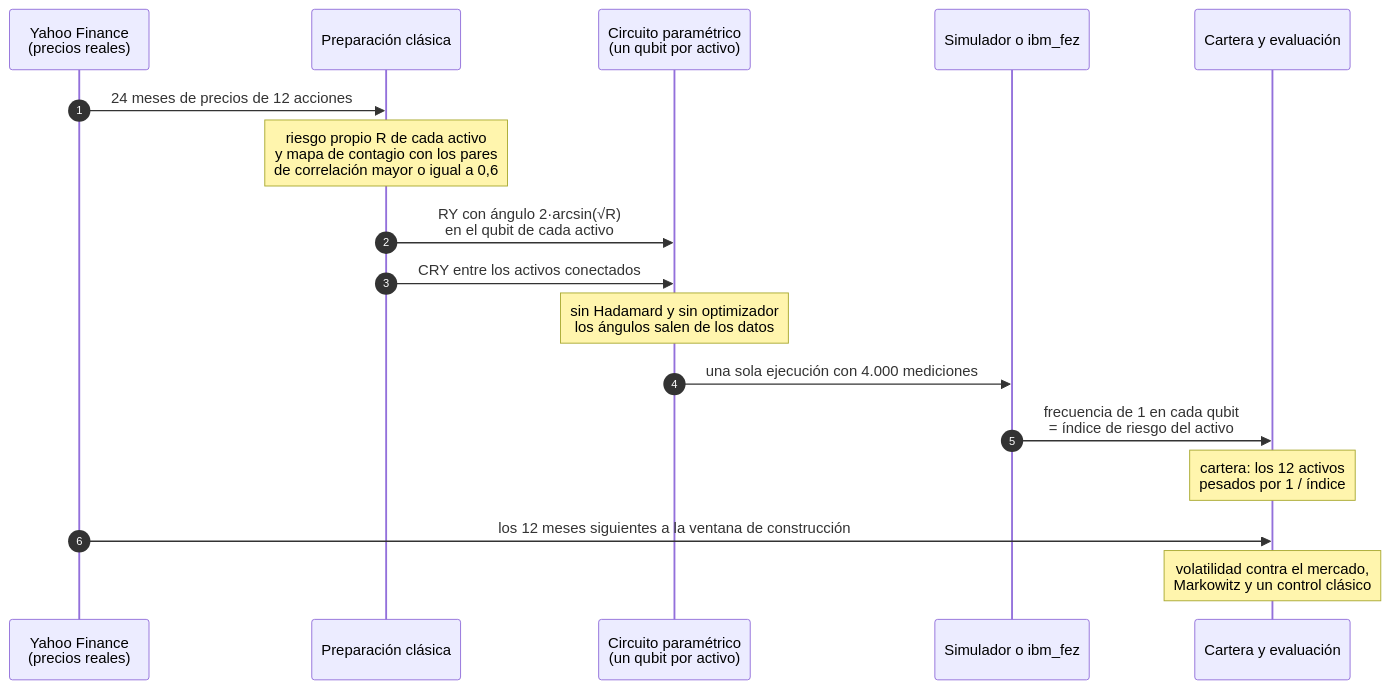
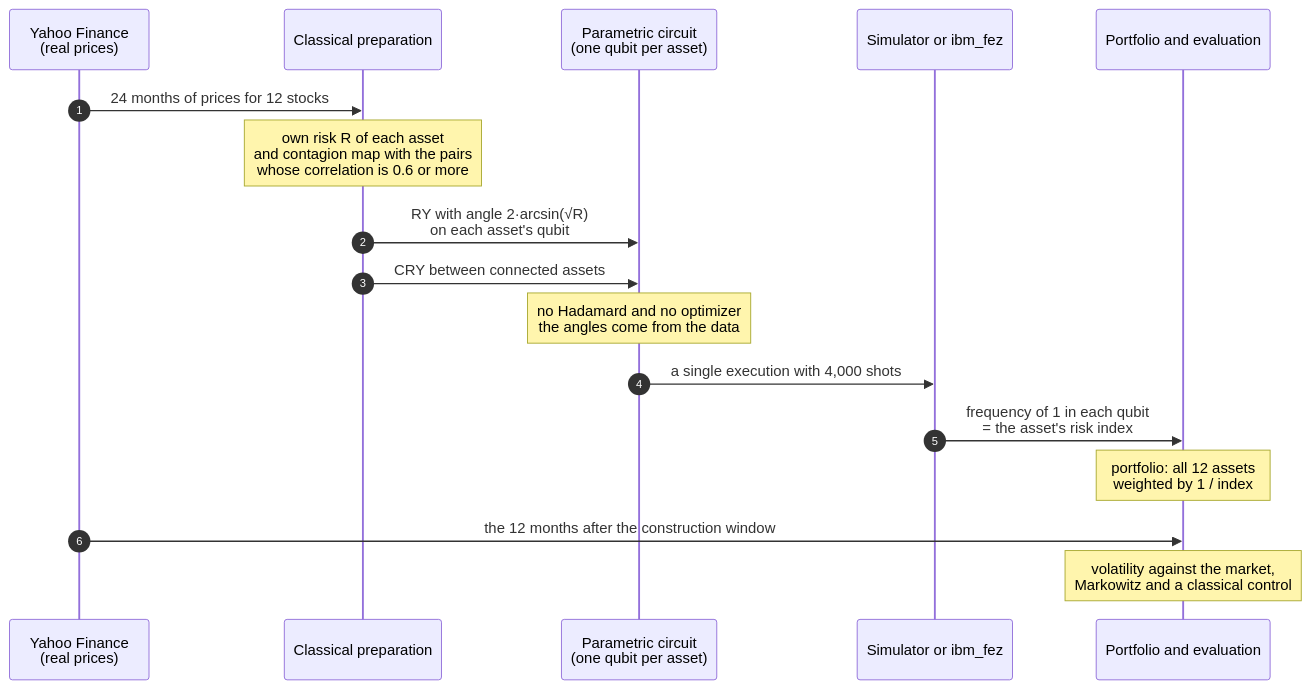
One commit to 314-ia/quantum-portfolio-risk changed the diagram in README.md. Above: the diagram before and after it, drawn with Mermaid. The commit also changed other lines of this file and 25 other files, not shown here.

````diff
--- a/README.md
+++ b/README.md
@@ -30,20 +32,20 @@
 ```mermaid
 sequenceDiagram
     autonumber
-    participant Y as Yahoo Finance<br/>(precios reales)
-    participant C as Preparación clásica
-    participant Q as Circuito paramétrico<br/>(un qubit por activo)
-    participant B as Simulador o ibm_fez
-    participant E as Cartera y evaluación
+    participant Y as Yahoo Finance<br/>(real prices)
+    participant C as Classical preparation
+    participant Q as Parametric circuit<br/>(one qubit per asset)
+    participant B as Simulator or ibm_fez
+    participant E as Portfolio and evaluation
 
-    Y->>C: 24 meses de precios de 12 acciones
-    Note over C: riesgo propio R de cada activo<br/>y mapa de contagio con los pares<br/>de correlación mayor o igual a 0,6
-    C->>Q: RY con ángulo 2·arcsin(√R)<br/>en el qubit de cada activo
-    C->>Q: CRY entre los activos conectados
-    Note over Q: sin Hadamard y sin optimizador<br/>los ángulos salen de los datos
-    Q->>B: una sola ejecución con 4.000 mediciones
-    B->>E: frecuencia de 1 en cada qubit<br/>= índice de riesgo del activo
-    Note over E: cartera: los 12 activos<br/>pesados por 1 / índice
-    Y->>E: los 12 meses siguientes a la ventana de construcción
-    Note over E: volatilidad contra el mercado,<br/>Markowitz y un control clásico
+    Y->>C: 24 months of prices for 12 stocks
+    Note over C: own risk R of each asset<br/>and contagion map with the pairs<br/>whose correlation is 0.6 or more
+    C->>Q: RY with angle 2·arcsin(√R)<br/>on each asset's qubit
+    C->>Q: CRY between connected assets
+    Note over Q: no Hadamard and no optimizer<br/>the angles come from the data
+    Q->>B: a single execution with 4,000 shots
+    B->>E: frequency of 1 in each qubit<br/>= the asset's risk index
+    Note over E: portfolio: all 12 assets<br/>weighted by 1 / index
+    Y->>E: the 12 months after the construction window
+    Note over E: volatility against the market,<br/>Markowitz and a classical control
 ```
````
